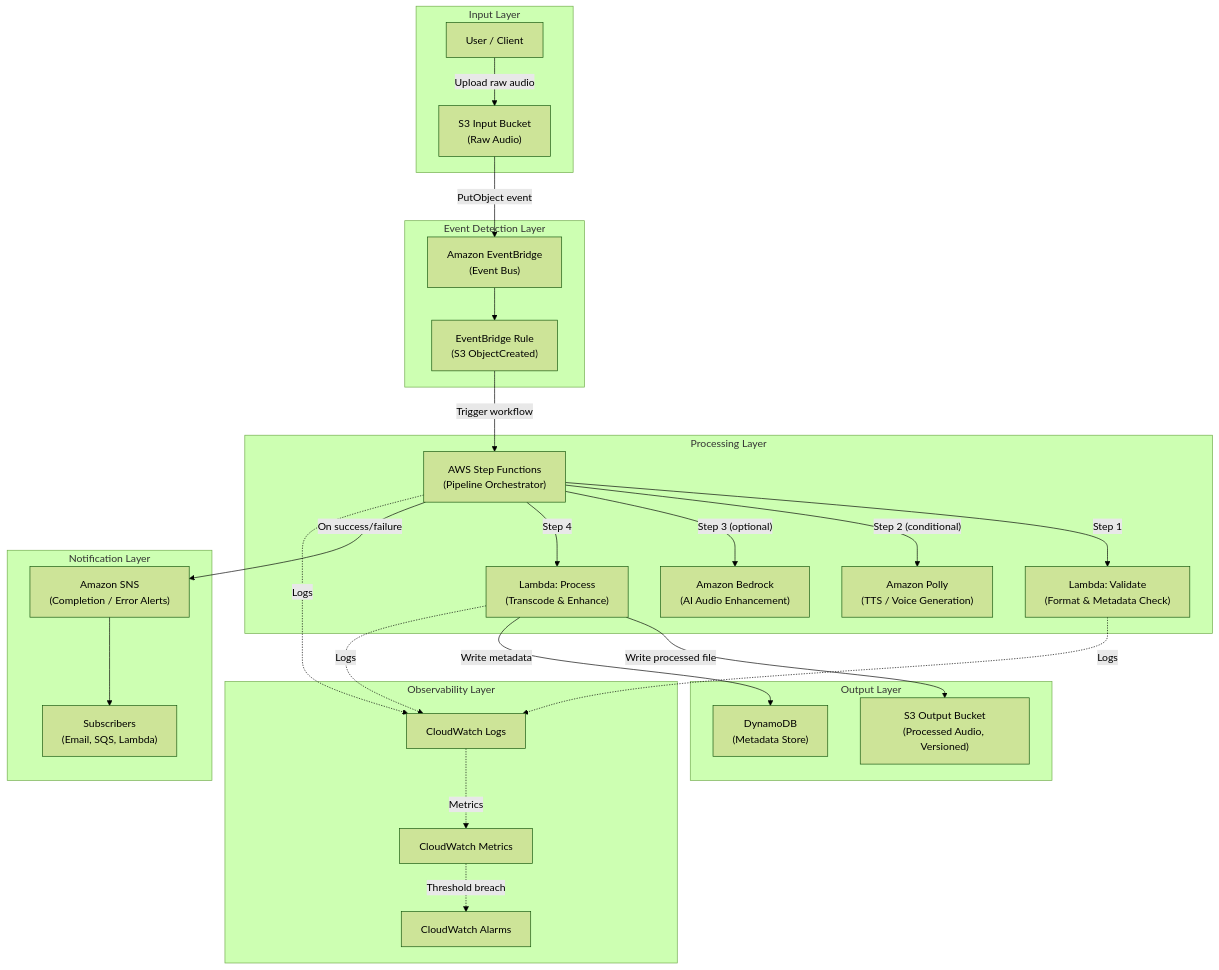
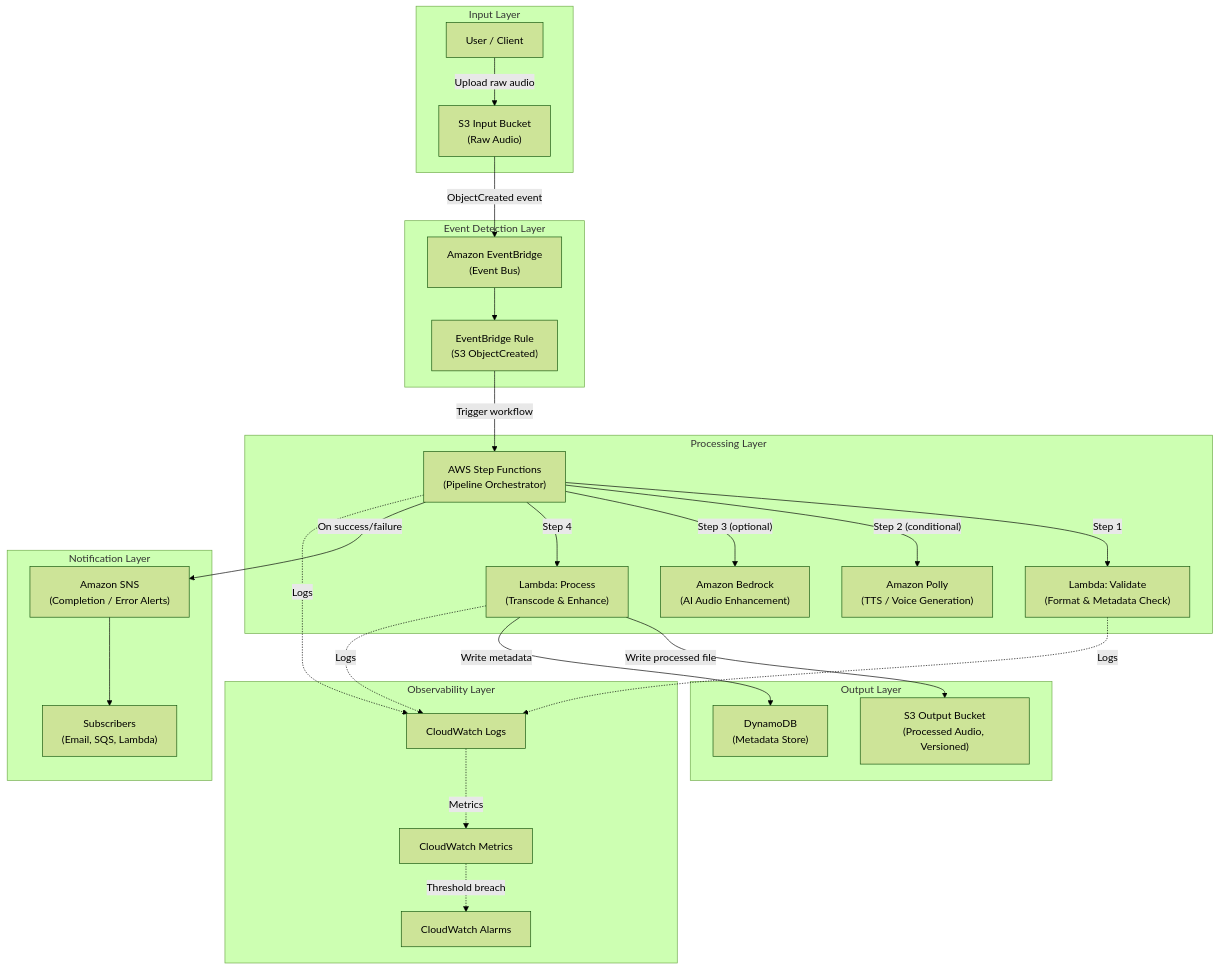
The diagram in ARCHITECTURE.md (obstreperous-ai/cdk-sleep-py-kiro), drawn with Mermaid (forest theme) before and after one commit.

Commit message:
Potential fix for pull request finding

````diff
--- a/ARCHITECTURE.md
+++ b/ARCHITECTURE.md
@@ -21,57 +21,57 @@
 ```mermaid
 flowchart TD
     subgraph Input["Input Layer"]
         User["User / Client"]
         InputBucket["S3 Input Bucket<br/>(Raw Audio)"]
     end
 
     subgraph Events["Event Detection Layer"]
         EB["Amazon EventBridge<br/>(Event Bus)"]
         Rule["EventBridge Rule<br/>(S3 ObjectCreated)"]
     end
 
     subgraph Processing["Processing Layer"]
         SF["AWS Step Functions<br/>(Pipeline Orchestrator)"]
         Validate["Lambda: Validate<br/>(Format & Metadata Check)"]
         Polly["Amazon Polly<br/>(TTS / Voice Generation)"]
         Bedrock["Amazon Bedrock<br/>(AI Audio Enhancement)"]
         Process["Lambda: Process<br/>(Transcode & Enhance)"]
     end
 
     subgraph Output["Output Layer"]
         OutputBucket["S3 Output Bucket<br/>(Processed Audio, Versioned)"]
         DDB["DynamoDB<br/>(Metadata Store)"]
     end
 
     subgraph Notifications["Notification Layer"]
         SNS["Amazon SNS<br/>(Completion / Error Alerts)"]
         Subscribers["Subscribers<br/>(Email, SQS, Lambda)"]
     end
 
     subgraph Observability["Observability Layer"]
         CWLogs["CloudWatch Logs"]
         CWMetrics["CloudWatch Metrics"]
         CWAlarms["CloudWatch Alarms"]
     end
 
     User -->|"Upload raw audio"| InputBucket
-    InputBucket -->|"PutObject event"| EB
+    InputBucket -->|"ObjectCreated event"| EB
     EB --> Rule
     Rule -->|"Trigger workflow"| SF
 
     SF -->|"Step 1"| Validate
     SF -->|"Step 2 (conditional)"| Polly
     SF -->|"Step 3 (optional)"| Bedrock
     SF -->|"Step 4"| Process
 
     Process -->|"Write processed file"| OutputBucket
     Process -->|"Write metadata"| DDB
     SF -->|"On success/failure"| SNS
     SNS --> Subscribers
 
     SF -.->|"Logs"| CWLogs
     Validate -.->|"Logs"| CWLogs
     Process -.->|"Logs"| CWLogs
     CWLogs -.->|"Metrics"| CWMetrics
     CWMetrics -.->|"Threshold breach"| CWAlarms
 ```
````
